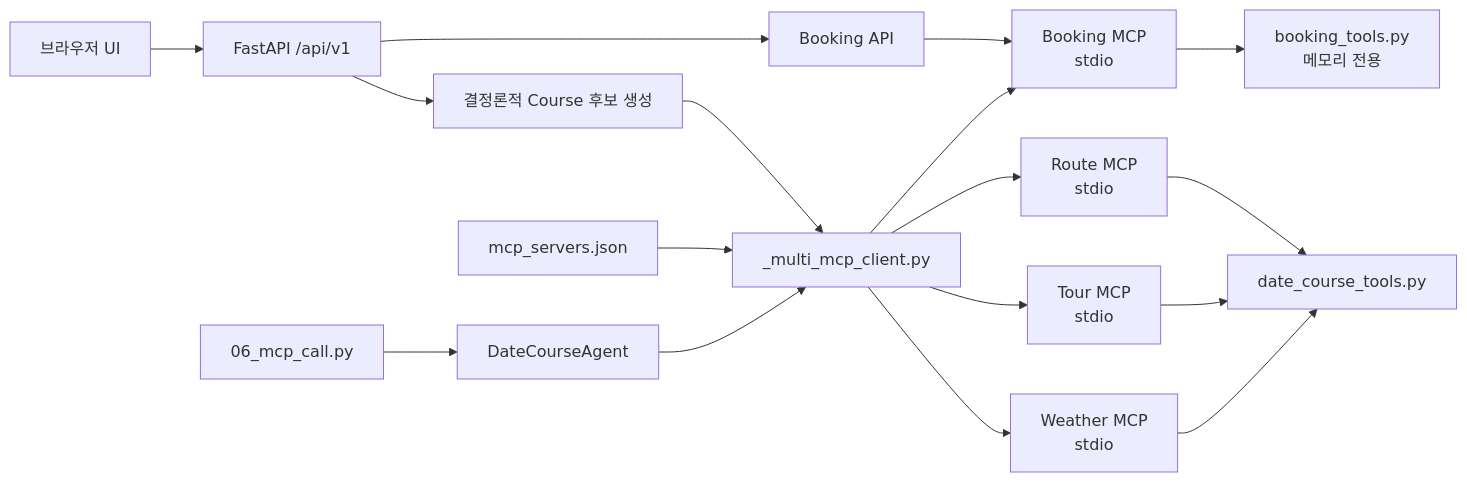
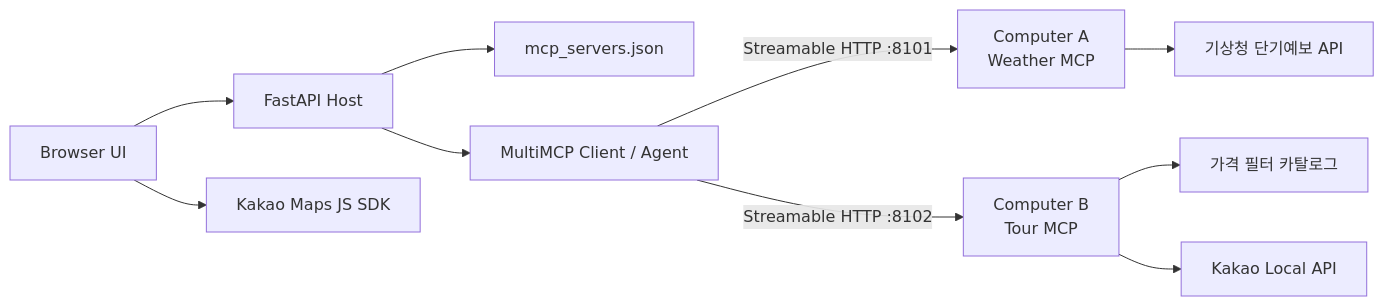
One commit to cyb3rmaya/courseful-date-agent-demo changed the diagram in README.md. Above: the diagram before and after it, drawn with Mermaid. The commit also changed other lines of this file and 18 other files, not shown here.

Commit message:
Build two Streamable HTTP MCP travel servers

````diff
--- a/README.md
+++ b/README.md
@@ -107,19 +14,12 @@
 ```mermaid
 flowchart LR
-    UI[브라우저 UI] --> API[FastAPI /api/v1]
-    API --> Course[결정론적 Course 후보 생성]
-    API --> BookingAPI[Booking API]
-    Course --> Host
-    CLI[06_mcp_call.py] --> Agent[DateCourseAgent]
-    Agent --> Host[_multi_mcp_client.py]
-    Registry[mcp_servers.json] --> Host
-    Host --> W[Weather MCP\nstdio]
-    Host --> T[Tour MCP\nstdio]
-    Host --> R[Route MCP\nstdio]
-    Host --> B[Booking MCP\nstdio]
-    BookingAPI --> B
-    W --> Shared[date_course_tools.py]
-    T --> Shared
-    R --> Shared
-    B --> BookingCore[booking_tools.py\n메모리 전용]
+    Browser[Browser UI] --> API[FastAPI Host]
+    API --> Registry[mcp_servers.json]
+    API --> Agent[MultiMCP Client / Agent]
+    Agent -->|Streamable HTTP :8101| Weather[Computer A\nWeather MCP]
+    Agent -->|Streamable HTTP :8102| Tour[Computer B\nTour MCP]
+    Weather --> KMA[기상청 단기예보 API]
+    Tour --> Hotel[가격 필터 카탈로그]
+    Tour --> KakaoLocal[Kakao Local API]
+    Browser --> KakaoMap[Kakao Maps JS SDK]
 ```
````
